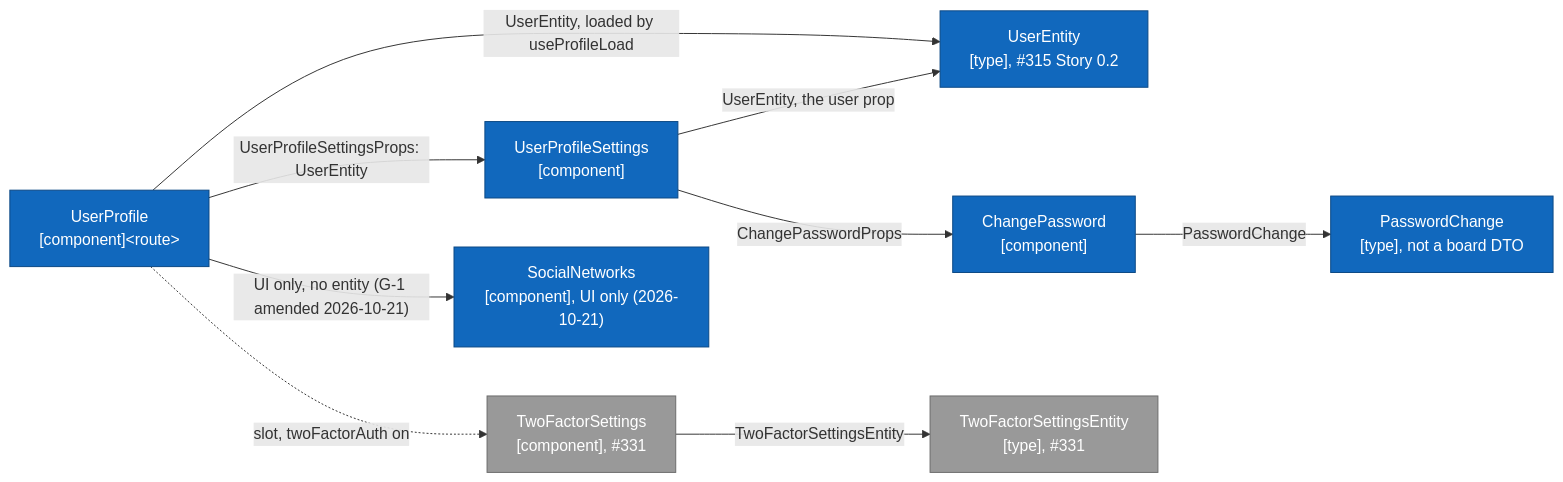
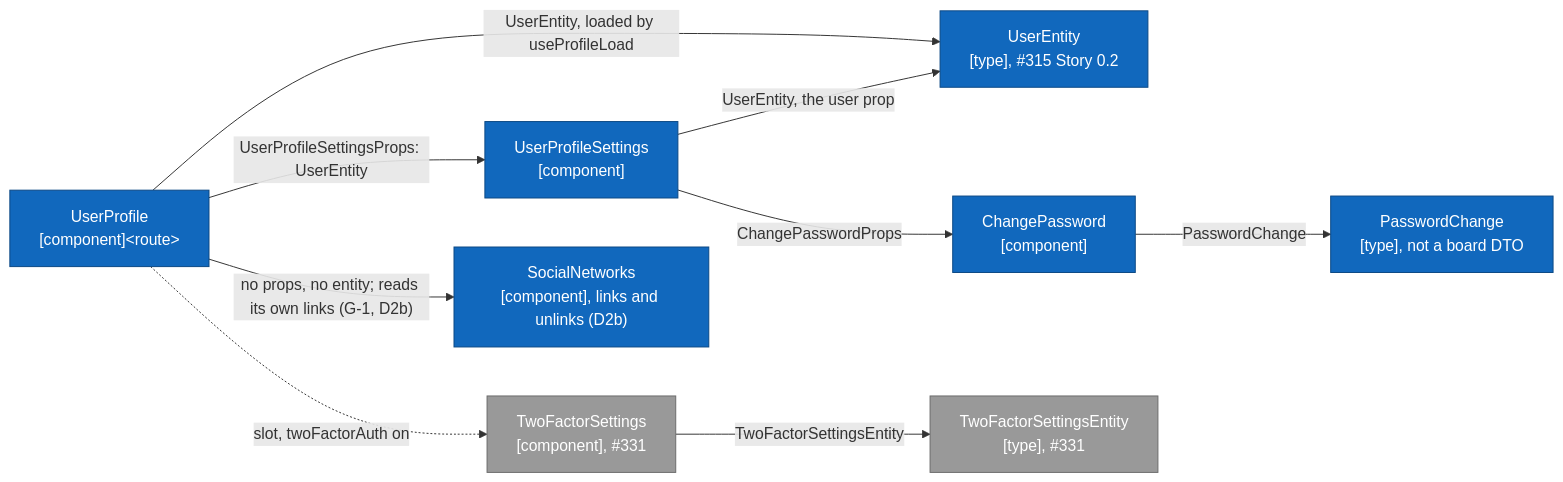
The fourth of 8 diagrams in specs/user-settings/planning-artifacts/architecture-user-settings-2026-10-06.md (VilnaCRM-Org/crm), drawn with Mermaid before and after one commit. The commit also changed other lines of this file and 57 other files, not shown here.

````diff
--- a/specs/user-settings/planning-artifacts/architecture-user-settings-2026-10-06.md
+++ b/specs/user-settings/planning-artifacts/architecture-user-settings-2026-10-06.md
@@ -599,21 +608,21 @@
 ```mermaid
 flowchart LR
   UP["UserProfile<br/>[component]&lt;route&gt;"]:::code
   UE["UserEntity<br/>[type], #315 Story 0.2"]:::code
   UPS["UserProfileSettings<br/>[component]"]:::code
   RP["ChangePassword<br/>[component]"]:::code
   RPD["PasswordChange<br/>[type], not a board DTO"]:::code
   TFS["TwoFactorSettings<br/>[component], #331"]:::external
   TFE["TwoFactorSettingsEntity<br/>[type], #331"]:::external
-  SN["SocialNetworks<br/>[component], UI only (2026-10-21)"]:::code
+  SN["SocialNetworks<br/>[component], links and unlinks (D2b)"]:::code
   UP -->|"UserEntity, loaded by useProfileLoad"| UE
   UP -->|"UserProfileSettingsProps: UserEntity"| UPS
   UP -.->|"slot, twoFactorAuth on"| TFS
-  UP -->|"UI only, no entity (G-1 amended 2026-10-21)"| SN
+  UP -->|"no props, no entity; reads its own links (G-1, D2b)"| SN
   UPS -->|"UserEntity, the user prop"| UE
   UPS -->|"ChangePasswordProps"| RP
   RP -->|"PasswordChange"| RPD
   TFS -->|"TwoFactorSettingsEntity"| TFE
   classDef code fill:#1168BD,stroke:#0B4884,color:#fff;
   classDef external fill:#999999,stroke:#6B6B6B,color:#fff;
 ```
````
